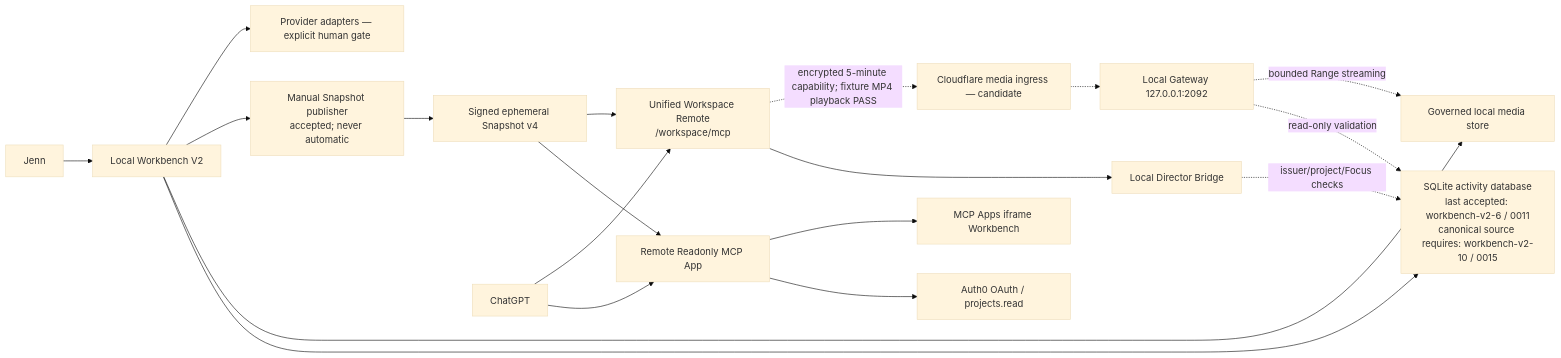
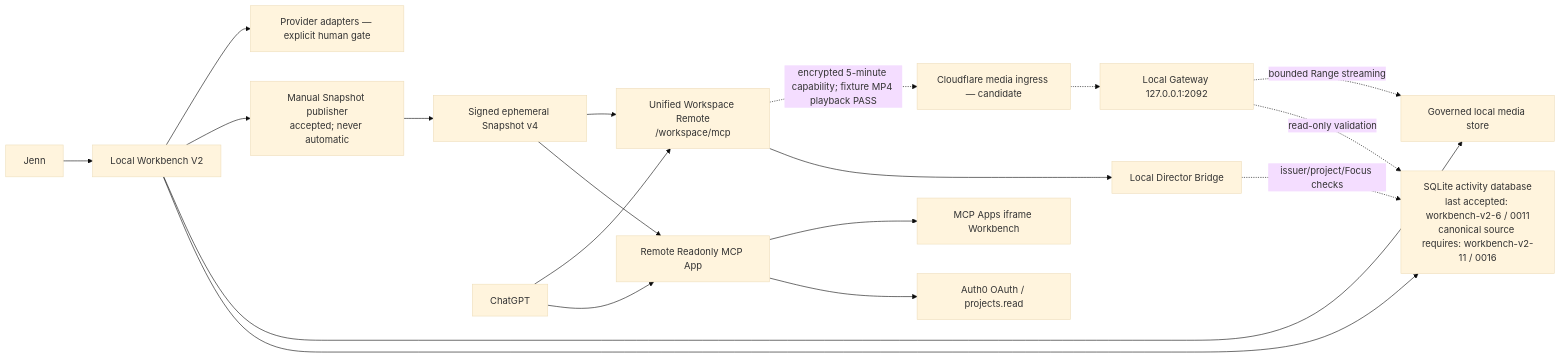
One commit to JENN2046/AI-Video-Production-Local-Bridge changed the diagram in docs/ARCHITECTURE.md. Above: the diagram before and after it, drawn with Mermaid (base theme). The commit also changed other lines of this file and 35 other files, not shown here.

````diff
--- a/docs/ARCHITECTURE.md
+++ b/docs/ARCHITECTURE.md
@@ -8,21 +8,21 @@
 ```mermaid
 flowchart LR
     J["Jenn"] --> W["Local Workbench V2"]
-    W --> DB["SQLite activity database\nlast accepted: workbench-v2-6 / 0011\ncanonical source requires: workbench-v2-10 / 0015"]
+    W --> DB["SQLite activity database\nlast accepted: workbench-v2-6 / 0011\ncanonical source requires: workbench-v2-11 / 0016"]
     W --> FS["Governed local media store"]
     W --> PA["Manual Snapshot publisher\naccepted; never automatic"]
     PA --> SS["Signed ephemeral Snapshot v4"]
     SS --> RM["Remote Readonly MCP App"]
     C["ChatGPT"] --> RM
     RM --> AU["Auth0 OAuth / projects.read"]
     RM --> UI["MCP Apps iframe Workbench"]
     C --> UW["Unified Workspace Remote\n/workspace/mcp"]
     SS --> UW
     UW --> DBR["Local Director Bridge"]
     DBR -. "issuer/project/Focus checks" .-> DB
     UW -. "encrypted 5-minute capability; fixture MP4 playback PASS" .-> CF["Cloudflare media ingress — candidate"]
     CF -.-> GW["Local Gateway 127.0.0.1:2092"]
     GW -. "read-only validation" .-> DB
     GW -. "bounded Range streaming" .-> FS
     W --> PR["Provider adapters — explicit human gate"]
 ```
````
